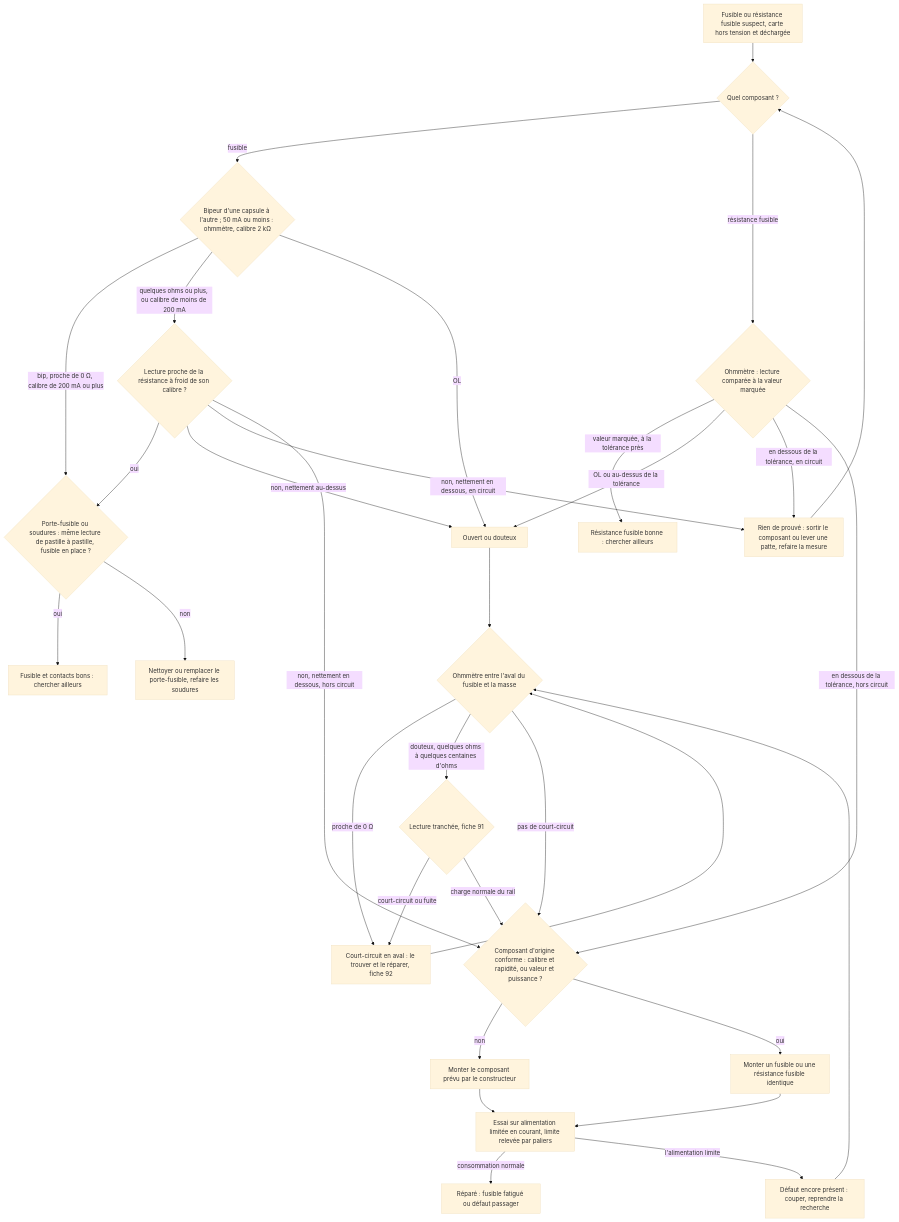
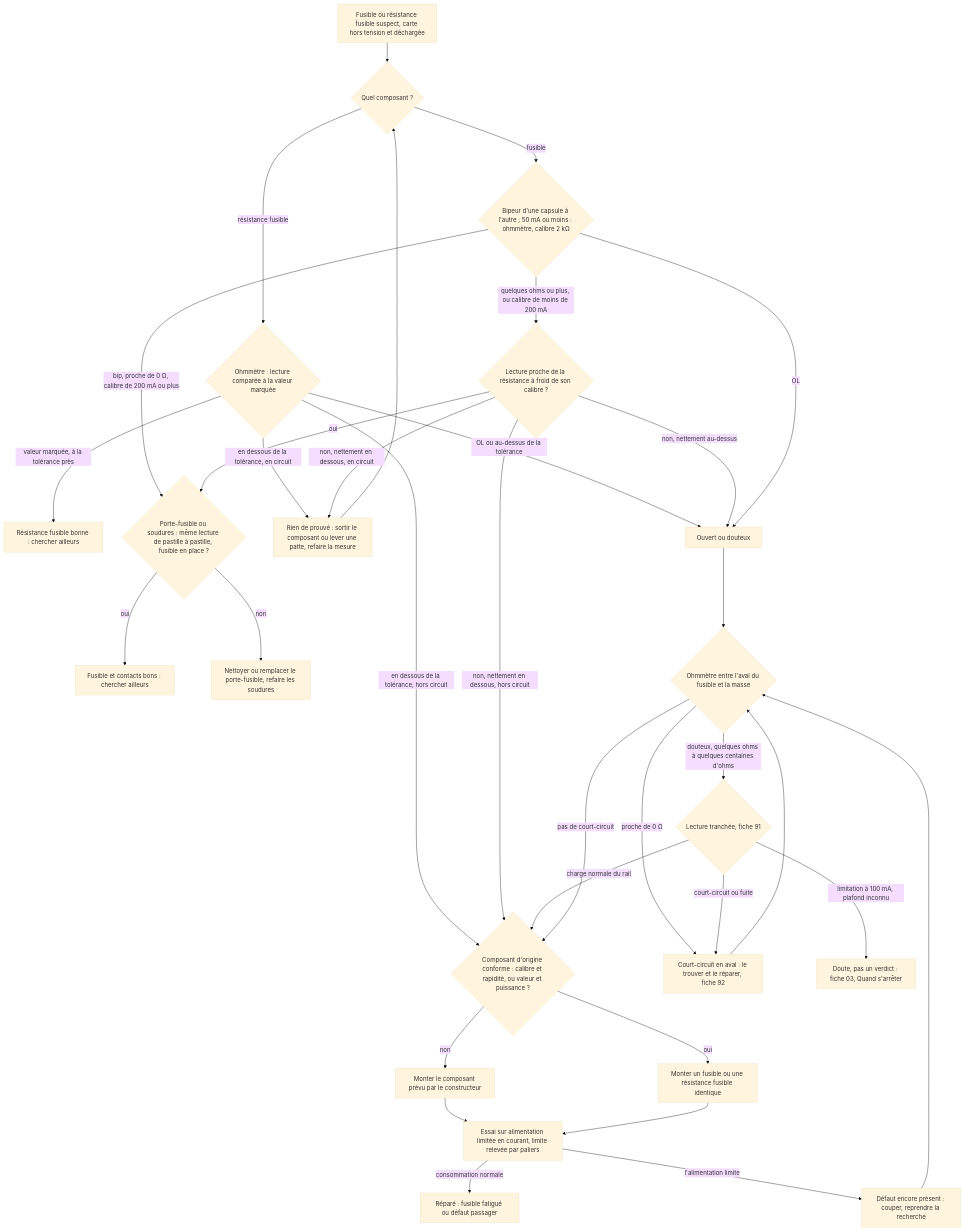
The diagram in troubleshooting/13_fusible/README.md (benoit-bremaud/ohm-sweet-ohm), drawn with Mermaid (base theme) before and after one commit. The commit also changed other lines of this file and 10 other files, not shown here.

````diff
--- a/troubleshooting/13_fusible/README.md
+++ b/troubleshooting/13_fusible/README.md
@@ -184,34 +184,35 @@
 ```mermaid
 flowchart TD
   A[Fusible ou résistance fusible suspect, carte hors tension et déchargée] --> T{Quel composant ?}
   T -- fusible --> B{Bipeur d'une capsule à l'autre ; 50 mA ou moins : ohmmètre, calibre 2 kΩ}
   T -- résistance fusible --> U{Ohmmètre : lecture comparée à la valeur marquée}
   U -- valeur marquée, à la tolérance près --> V[Résistance fusible bonne : chercher ailleurs]
   U -- OL ou au-dessus de la tolérance --> G
   U -- en dessous de la tolérance, en circuit --> P
   U -- en dessous de la tolérance, hors circuit --> J
   B -- bip, proche de 0 Ω, calibre de 200 mA ou plus --> C{Porte-fusible ou soudures : même lecture de pastille à pastille, fusible en place ?}
   C -- oui --> D[Fusible et contacts bons : chercher ailleurs]
   C -- non --> E[Nettoyer ou remplacer le porte-fusible, refaire les soudures]
   B -- quelques ohms ou plus, ou calibre de moins de 200 mA --> F{Lecture proche de la résistance à froid de son calibre ?}
   F -- oui --> C
   F -- non, nettement au-dessus --> G[Ouvert ou douteux]
   F -- non, nettement en dessous, en circuit --> P[Rien de prouvé : sortir le composant ou lever une patte, refaire la mesure]
   P --> T
   F -- non, nettement en dessous, hors circuit --> J
   B -- OL --> G
   G --> H{Ohmmètre entre l'aval du fusible et la masse}
   H -- proche de 0 Ω --> I[Court-circuit en aval : le trouver et le réparer, fiche 92]
   I --> H
   H -- douteux, quelques ohms à quelques centaines d'ohms --> W{Lecture tranchée, fiche 91}
   W -- court-circuit ou fuite --> I
   W -- charge normale du rail --> J
+  W -- limitation à 100 mA, plafond inconnu --> W2[Doute, pas un verdict : fiche 03, Quand s'arrêter]
   H -- pas de court-circuit --> J{Composant d'origine conforme : calibre et rapidité, ou valeur et puissance ?}
   J -- non --> K[Monter le composant prévu par le constructeur]
   J -- oui --> L[Monter un fusible ou une résistance fusible identique]
   K --> M[Essai sur alimentation limitée en courant, limite relevée par paliers]
   L --> M
   M -- consommation normale --> N[Réparé : fusible fatigué ou défaut passager]
   M -- l'alimentation limite --> O[Défaut encore présent : couper, reprendre la recherche]
   O --> H
 ```
````
